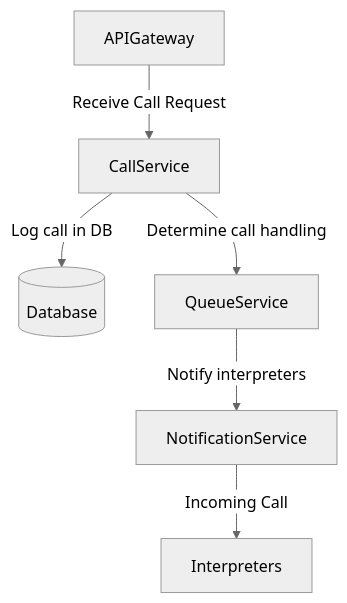
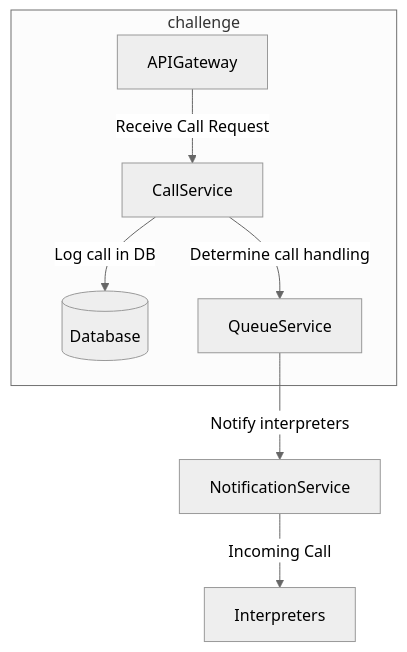
Before and after one commit to lb-flavio/code-challenge-backend: the diagram in Readme.md, drawn with Mermaid (neutral theme). The commit also changed other lines of this file, not shown here.

````diff
--- a/Readme.md
+++ b/Readme.md
@@ -16,8 +16,10 @@
 ``` mermaid
     flowchart TD
-        APIGateway -- "Receive Call Request" --> CallService
-        CallService -- "Log call in DB" --> Database[(Database)]
-        CallService -- "Determine call handling" --> QueueService
+        subgraph challenge
+            APIGateway -- "Receive Call Request" --> CallService
+            CallService -- "Log call in DB" --> Database[(Database)]
+            CallService -- "Determine call handling" --> QueueService
+        end
         QueueService -- "Notify interpreters" --> NotificationService
         NotificationService --"Incoming Call"--> Interpreters
 ```
````
